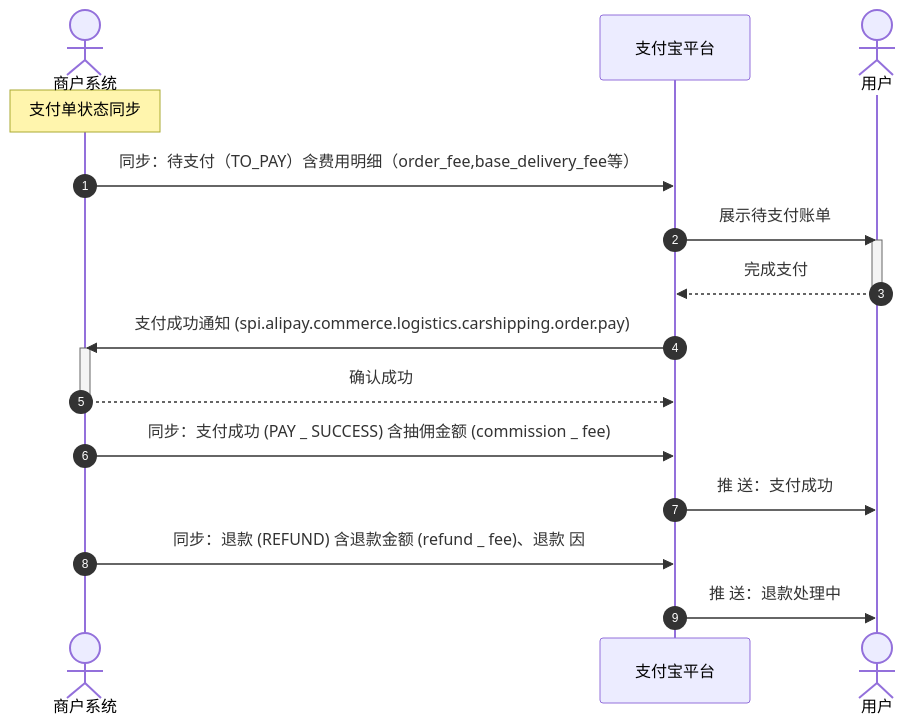
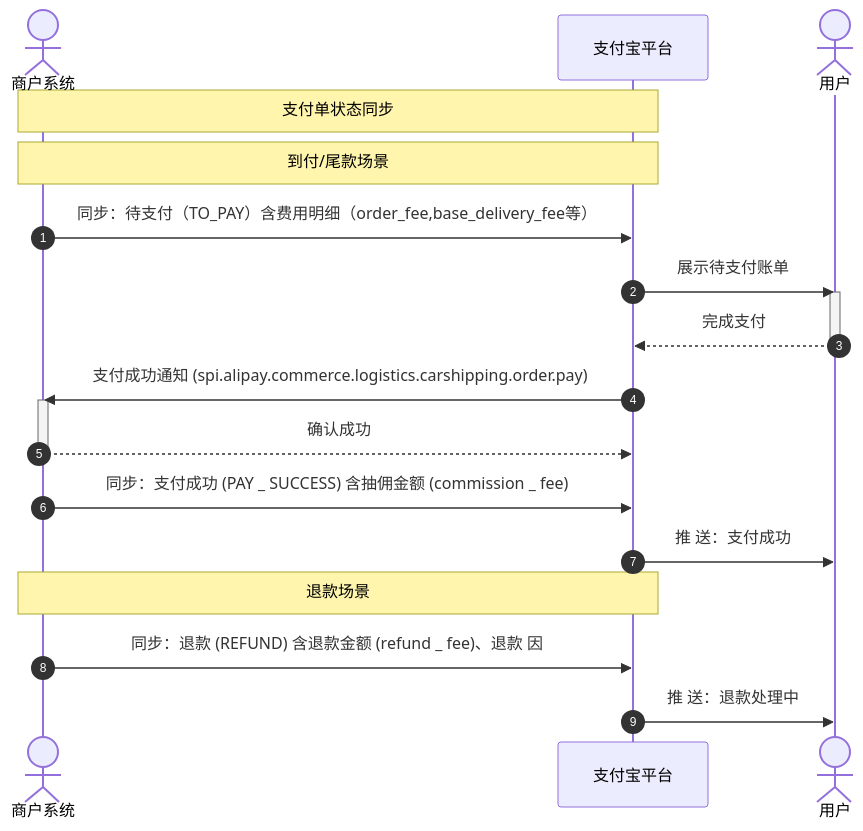
Before and after one commit to pingpm/mermaid_vault: the diagram in notes/支付单状态同步时序_b3042cb3-08c1-43b5-b440-32d3f6443821.md, drawn with Mermaid. The commit also changed 4 other files, not shown here.

Commit message:
Sync Mermaid Studio data (11 diagrams)

````diff
--- a/notes/支付单状态同步时序_b3042cb3-08c1-43b5-b440-32d3f6443821.md
+++ b/notes/支付单状态同步时序_b3042cb3-08c1-43b5-b440-32d3f6443821.md
@@ -3,22 +3,24 @@
 ```mermaid
 sequenceDiagram
   autonumber
   actor p0 as 商户系统
   participant p1 as ⽀付宝平台
   actor p2 as 用户
-  Note over p0: ⽀付单状态同步
+  Note over p0,p1: ⽀付单状态同步
+  Note over p0,p1: 到付/尾款场景
   p0->>p1: 同步：待支付（TO_PAY）含费用明细（order_fee,base_delivery_fee等）
   p1->>p2: 展示待⽀付账单
   activate p2
   p2-->>p1: 完成⽀付
   deactivate p2
   p1->>p0: ⽀付成功通知 (spi.alipay.commerce.logistics.carshipping.order.pay)
   activate p0
   p0-->>p1: 确认成功
   deactivate p0
   p0->>p1: 同步：⽀付成功 (PAY _ SUCCESS) 含抽佣⾦额 (commission _ fee)
   p1->>p2: 推 送：⽀付成功
+  Note over p0,p1: 退款场景
   p0->>p1: 同步：退款 (REFUND) 含退款⾦额 (refund _ fee)、退款 因
   p1->>p2: 推 送：退款处理中
 
 ```
````
